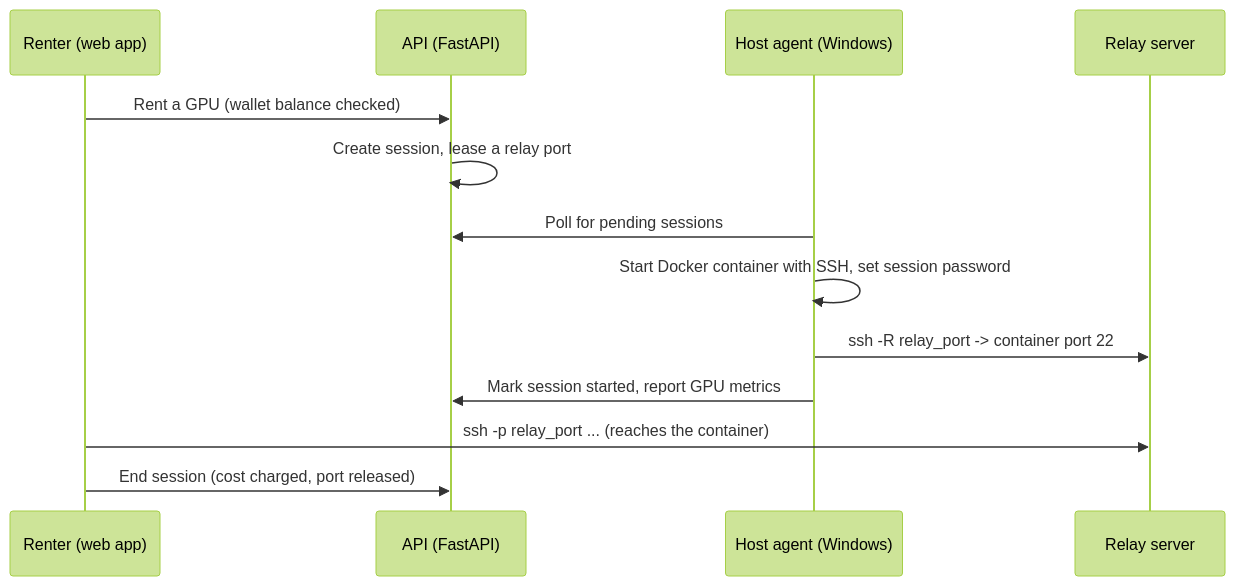
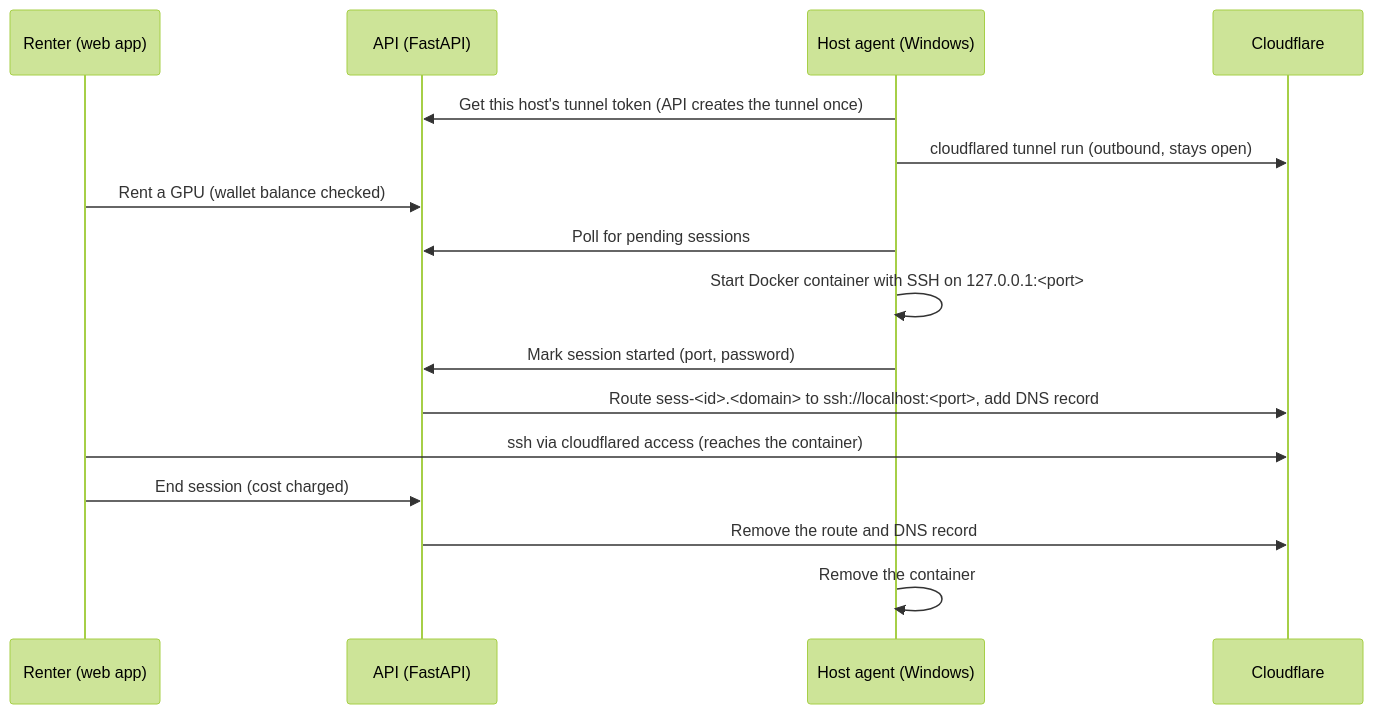
The diagram in README.md (imsudip45/Labya_compute), drawn with Mermaid (forest theme) before and after one commit. The commit also changed other lines of this file and 90 other files, not shown here.

First line of the commit message:
Production backend, Cloudflare Tunnel connections, and the rebuilt web app

````diff
--- a/README.md
+++ b/README.md
@@ -9,15 +9,18 @@
 ```mermaid
 sequenceDiagram
     participant R as Renter (web app)
     participant API as API (FastAPI)
     participant A as Host agent (Windows)
-    participant Relay as Relay server
+    participant CF as Cloudflare
+    A->>API: Get this host's tunnel token (API creates the tunnel once)
+    A->>CF: cloudflared tunnel run (outbound, stays open)
     R->>API: Rent a GPU (wallet balance checked)
-    API->>API: Create session, lease a relay port
     A->>API: Poll for pending sessions
-    A->>A: Start Docker container with SSH, set session password
-    A->>Relay: ssh -R relay_port -> container port 22
-    A->>API: Mark session started, report GPU metrics
-    R->>Relay: ssh -p relay_port ... (reaches the container)
-    R->>API: End session (cost charged, port released)
+    A->>A: Start Docker container with SSH on 127.0.0.1:<port>
+    A->>API: Mark session started (port, password)
+    API->>CF: Route sess-<id>.<domain> to ssh://localhost:<port>, add DNS record
+    R->>CF: ssh via cloudflared access (reaches the container)
+    R->>API: End session (cost charged)
+    API->>CF: Remove the route and DNS record
+    A->>A: Remove the container
 ```
````
